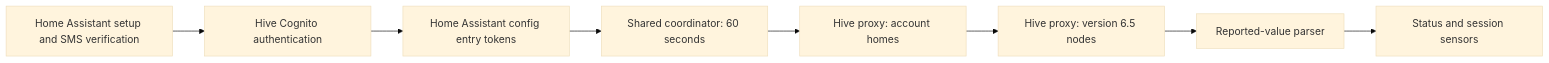
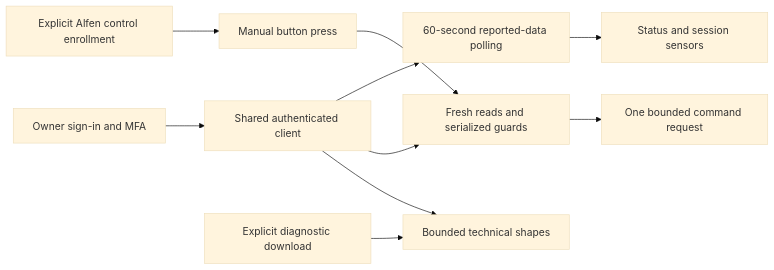
One commit to domleblanc94/hive-ev changed the diagram in docs/architecture.md. Above: the diagram before and after it, drawn with Mermaid (base theme). The commit also changed other lines of this file and 30 other files, not shown here.

````diff
--- a/docs/architecture.md
+++ b/docs/architecture.md
@@ -7,10 +13,12 @@
 ```mermaid
 flowchart LR
-    Setup[Home Assistant setup and SMS verification] --> Cognito[Hive Cognito authentication]
-    Cognito --> Tokens[Home Assistant config entry tokens]
-    Tokens --> Poll[Shared coordinator: 60 seconds]
-    Poll --> Homes[Hive proxy: account homes]
-    Homes --> Nodes[Hive proxy: version 6.5 nodes]
-    Nodes --> Parser[Reported-value parser]
-    Parser --> Entities[Status and session sensors]
+    Login[Owner sign-in and MFA] --> Client[Shared authenticated client]
+    Client --> Poll[60-second reported-data polling]
+    Poll --> Sensors[Status and session sensors]
+    OptIn[Explicit Alfen control enrollment] --> Button[Manual button press]
+    Button --> Guard[Fresh reads and serialized guards]
+    Client --> Guard
+    Guard --> Write[One bounded command request]
+    Download[Explicit diagnostic download] --> Shapes[Bounded technical shapes]
+    Client --> Shapes
 ```
````
